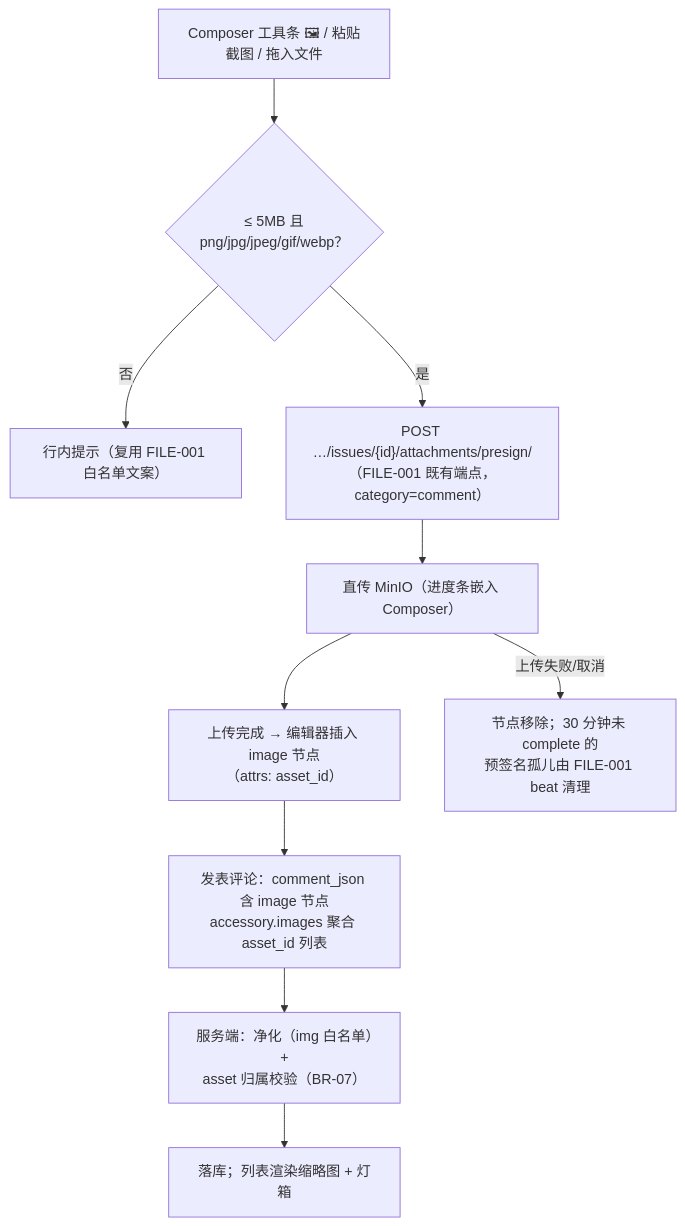
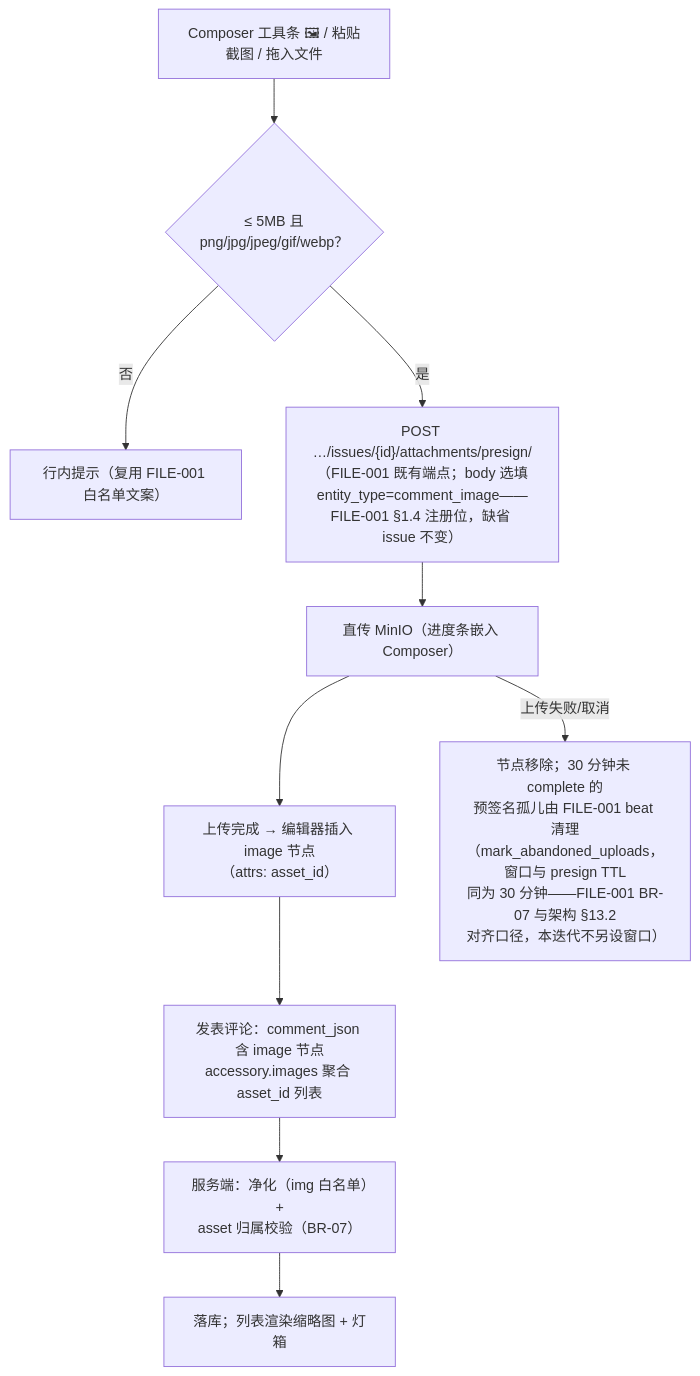
The fourth of 5 diagrams in docs/sprint-3-views-collab/COLLAB-002-thread-reply.md (RabbitAI-Lab/RabbitProjects), drawn with Mermaid before and after one commit. The commit also changed other lines of this file and 1 other file, not shown here.

````diff
--- a/docs/sprint-3-views-collab/COLLAB-002-thread-reply.md
+++ b/docs/sprint-3-views-collab/COLLAB-002-thread-reply.md
@@ -165,12 +165,12 @@
 ```mermaid
 flowchart TD
     A["Composer 工具条 🖼 / 粘贴截图 / 拖入文件"] --> B{"≤ 5MB 且<br/>png/jpg/jpeg/gif/webp？"}
     B -->|否| B1["行内提示（复用 FILE-001 白名单文案）"]
-    B -->|是| C["POST …/issues/{id}/attachments/presign/<br/>（FILE-001 既有端点，category=comment）"]
+    B -->|是| C["POST …/issues/{id}/attachments/presign/<br/>（FILE-001 既有端点；body 选填<br/>entity_type=comment_image——<br/>FILE-001 §1.4 注册位，缺省 issue 不变）"]
     C --> D["直传 MinIO（进度条嵌入 Composer）"]
     D --> E["上传完成 → 编辑器插入 image 节点<br/>（attrs: asset_id）"]
     E --> F["发表评论：comment_json 含 image 节点<br/>accessory.images 聚合 asset_id 列表"]
     F --> G["服务端：净化（img 白名单）+<br/>asset 归属校验（BR-07）"]
     G --> H["落库；列表渲染缩略图 + 灯箱"]
-    D -->|"上传失败/取消"| I["节点移除；30 分钟未 complete 的<br/>预签名孤儿由 FILE-001 beat 清理"]
+    D -->|"上传失败/取消"| I["节点移除；30 分钟未 complete 的<br/>预签名孤儿由 FILE-001 beat 清理<br/>（mark_abandoned_uploads，窗口与 presign TTL<br/>同为 30 分钟——FILE-001 BR-07 与架构 §13.2<br/>对齐口径，本迭代不另设窗口）"]
 ```
````
